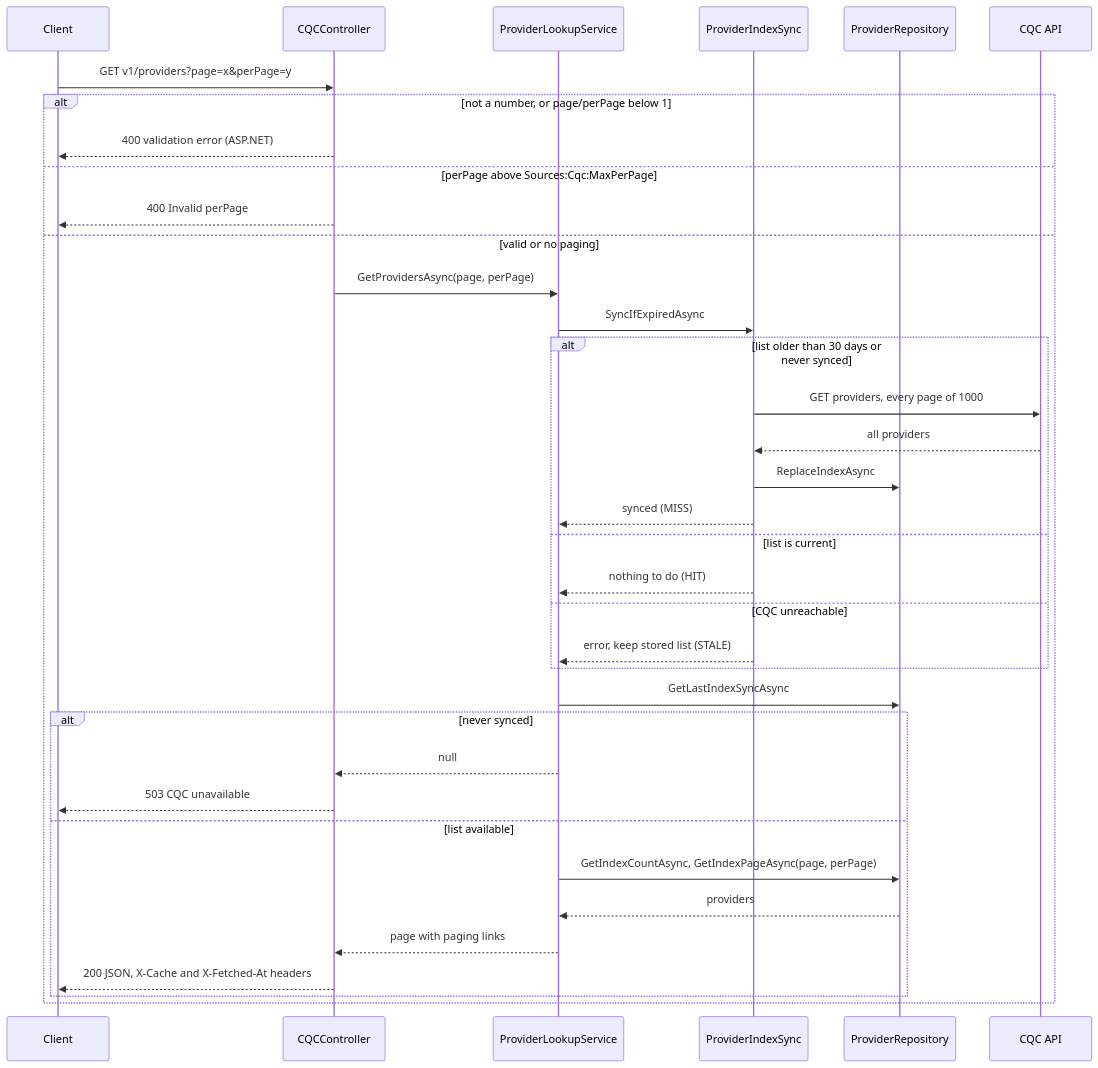
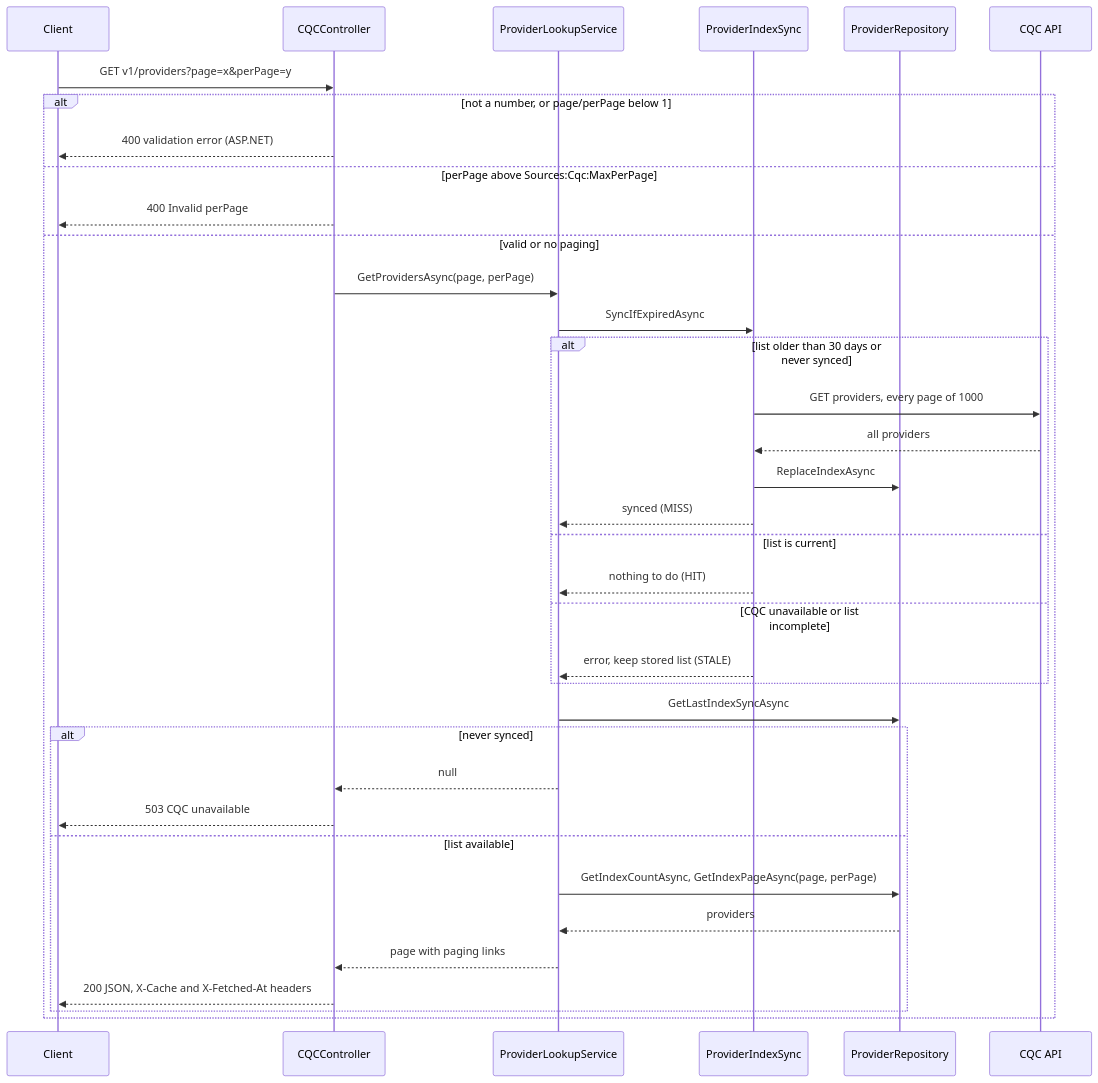
The first of 4 diagrams in SchemeserveDotnetTest/README.md (ikoonman/schemeserve), drawn with Mermaid before and after one commit. The commit also changed other lines of this file, not shown here.

````diff
--- a/SchemeserveDotnetTest/README.md
+++ b/SchemeserveDotnetTest/README.md
@@ -169,38 +169,38 @@
 ```mermaid
 sequenceDiagram
     participant Client
     participant Ctrl as CQCController
     participant Lookup as ProviderLookupService
     participant Sync as ProviderIndexSync
     participant Repo as ProviderRepository
     participant CQC as CQC API
     Client->>Ctrl: GET v1/providers?page=x&perPage=y
     alt not a number, or page/perPage below 1
         Ctrl-->>Client: 400 validation error (ASP.NET)
     else perPage above Sources:Cqc:MaxPerPage
         Ctrl-->>Client: 400 Invalid perPage
     else valid or no paging
         Ctrl->>Lookup: GetProvidersAsync(page, perPage)
         Lookup->>Sync: SyncIfExpiredAsync
         alt list older than 30 days or never synced
             Sync->>CQC: GET providers, every page of 1000
             CQC-->>Sync: all providers
             Sync->>Repo: ReplaceIndexAsync
             Sync-->>Lookup: synced (MISS)
         else list is current
             Sync-->>Lookup: nothing to do (HIT)
-        else CQC unreachable
+        else CQC unavailable or list incomplete
             Sync-->>Lookup: error, keep stored list (STALE)
         end
         Lookup->>Repo: GetLastIndexSyncAsync
         alt never synced
             Lookup-->>Ctrl: null
             Ctrl-->>Client: 503 CQC unavailable
         else list available
             Lookup->>Repo: GetIndexCountAsync, GetIndexPageAsync(page, perPage)
             Repo-->>Lookup: providers
             Lookup-->>Ctrl: page with paging links
             Ctrl-->>Client: 200 JSON, X-Cache and X-Fetched-At headers
         end
     end
 ```
````
